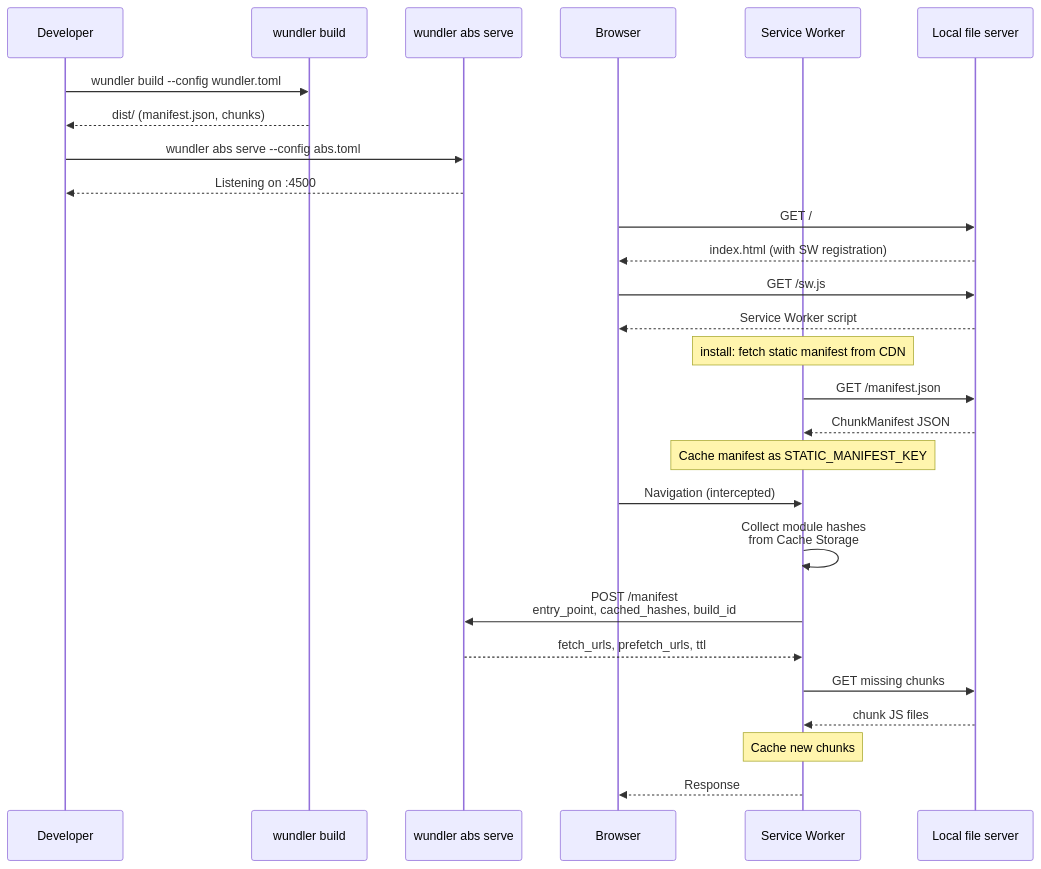
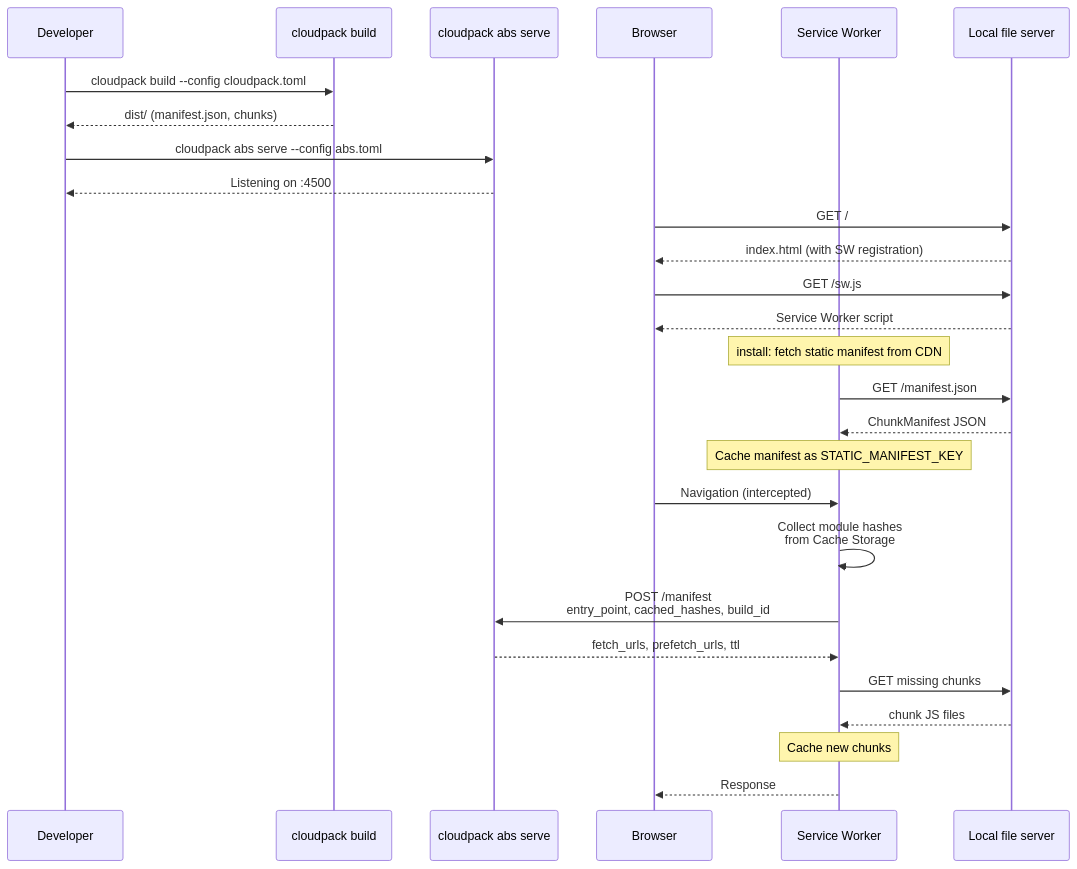
Before and after one commit to kenotron-ms/wundler: the fourth of 8 diagrams in docs/WORKFLOWS.md, drawn with Mermaid. The commit also changed other lines of this file and 394 other files, not shown here.

Commit message:
chore: rename project wundler → cloudpack

````diff
--- a/docs/WORKFLOWS.md
+++ b/docs/WORKFLOWS.md
@@ -76,34 +76,34 @@
 ```mermaid
 sequenceDiagram
     participant Dev as Developer
-    participant WB as wundler build
-    participant ABS as wundler abs serve
+    participant WB as cloudpack build
+    participant ABS as cloudpack abs serve
     participant Browser
     participant SW as Service Worker
     participant CDN as Local file server
 
-    Dev->>WB: wundler build --config wundler.toml
+    Dev->>WB: cloudpack build --config cloudpack.toml
     WB-->>Dev: dist/ (manifest.json, chunks)
 
-    Dev->>ABS: wundler abs serve --config abs.toml
+    Dev->>ABS: cloudpack abs serve --config abs.toml
     ABS-->>Dev: Listening on :4500
 
     Browser->>CDN: GET /
     CDN-->>Browser: index.html (with SW registration)
     Browser->>CDN: GET /sw.js
     CDN-->>Browser: Service Worker script
 
     Note over SW: install: fetch static manifest from CDN
     SW->>CDN: GET /manifest.json
     CDN-->>SW: ChunkManifest JSON
     Note over SW: Cache manifest as STATIC_MANIFEST_KEY
 
     Browser->>SW: Navigation (intercepted)
     SW->>SW: Collect module hashes<br/>from Cache Storage
     SW->>ABS: POST /manifest<br/>entry_point, cached_hashes, build_id
     ABS-->>SW: fetch_urls, prefetch_urls, ttl
     SW->>CDN: GET missing chunks
     CDN-->>SW: chunk JS files
     Note over SW: Cache new chunks
     SW-->>Browser: Response
 ```
````
